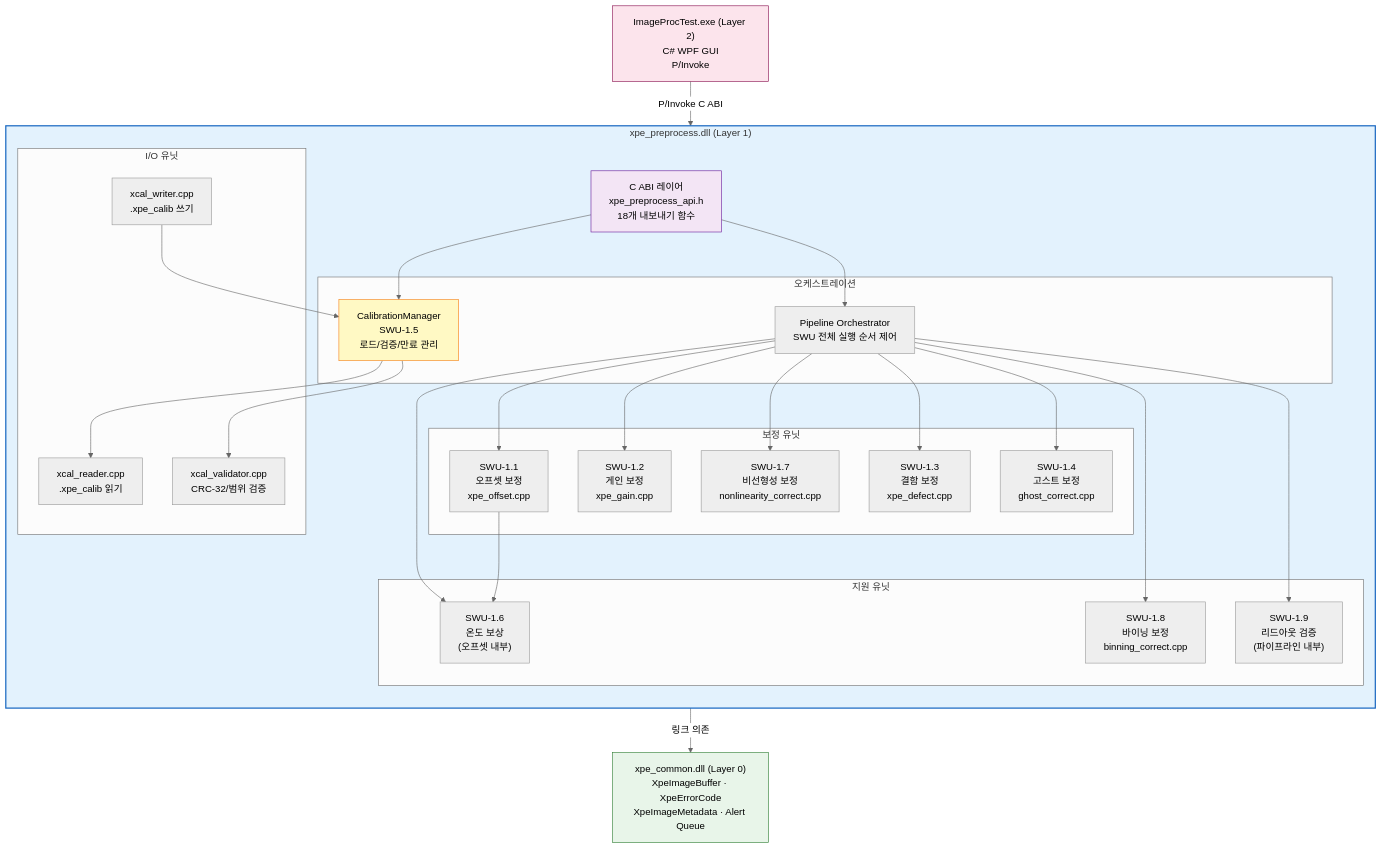
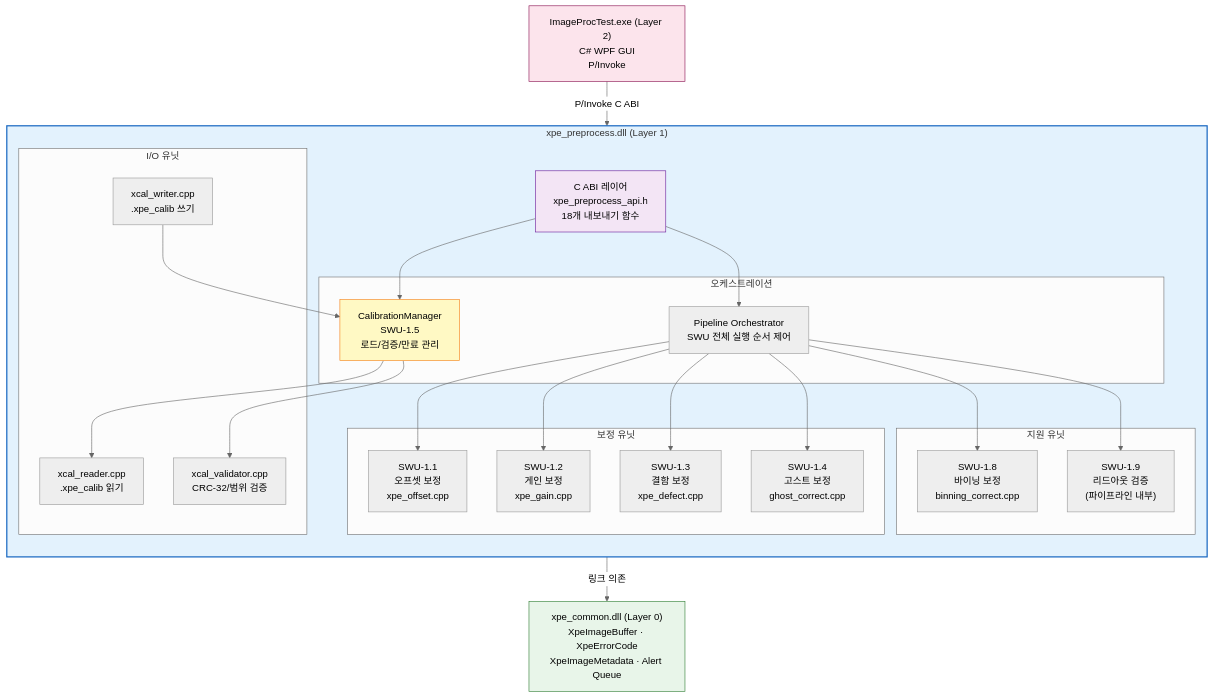
Diagram 12 of 12 in docs/calibration/CONCEPT-DIAGRAMS.md (holee9/image-processing), drawn with Mermaid (neutral theme) before and after one commit. The commit also changed other lines of this file and 18 other files, not shown here.

````diff
--- a/docs/calibration/CONCEPT-DIAGRAMS.md
+++ b/docs/calibration/CONCEPT-DIAGRAMS.md
@@ -666,52 +544,49 @@
 ```mermaid
 graph TD
     subgraph DLL["xpe_preprocess.dll (Layer 1)"]
         direction TB
         API["C ABI 레이어\nxpe_preprocess_api.h\n18개 내보내기 함수"]
 
         subgraph ORCHESTRATION["오케스트레이션"]
             CM["CalibrationManager\nSWU-1.5\n로드/검증/만료 관리"]
             PIPE["Pipeline Orchestrator\nSWU 전체 실행 순서 제어"]
         end
 
         subgraph CORRECTIONS["보정 유닛"]
             SWU11["SWU-1.1\n오프셋 보정\nxpe_offset.cpp"]
             SWU12["SWU-1.2\n게인 보정\nxpe_gain.cpp"]
-            SWU17["SWU-1.7\n비선형성 보정\nnonlinearity_correct.cpp"]
             SWU13["SWU-1.3\n결함 보정\nxpe_defect.cpp"]
             SWU14["SWU-1.4\n고스트 보정\nghost_correct.cpp"]
         end
 
         subgraph SUPPORT["지원 유닛"]
-            SWU16["SWU-1.6\n온도 보상\n(오프셋 내부)"]
             SWU18["SWU-1.8\n바이닝 보정\nbinning_correct.cpp"]
             SWU19["SWU-1.9\n리드아웃 검증\n(파이프라인 내부)"]
         end
 
         subgraph IO["I/O 유닛"]
             XCAL_R["xcal_reader.cpp\n.xpe_calib 읽기"]
             XCAL_W["xcal_writer.cpp\n.xpe_calib 쓰기"]
             XCAL_V["xcal_validator.cpp\nCRC-32/범위 검증"]
         end
 
         API --> CM
         API --> PIPE
         CM --> XCAL_R & XCAL_V
-        PIPE --> SWU11 & SWU12 & SWU17 & SWU13 & SWU14
-        PIPE --> SWU16 & SWU18 & SWU19
-        SWU11 --> SWU16
+        PIPE --> SWU11 & SWU12 & SWU13 & SWU14
+        PIPE --> SWU18 & SWU19
         XCAL_W --> CM
     end
 
     COMMON["xpe_common.dll (Layer 0)\nXpeImageBuffer · XpeErrorCode\nXpeImageMetadata · Alert Queue"]
     GUI["ImageProcTest.exe (Layer 2)\nC# WPF GUI\nP/Invoke"]
 
     GUI -->|P/Invoke C ABI| API
     DLL -->|링크 의존| COMMON
 
     style DLL fill:#e3f2fd,stroke:#1565c0,stroke-width:2px
     style COMMON fill:#e8f5e9,stroke:#2e7d32
     style GUI fill:#fce4ec,stroke:#880e4f
     style CM fill:#fff9c4,stroke:#f57f17
     style API fill:#f3e5f5,stroke:#6a1b9a
 ```
````
